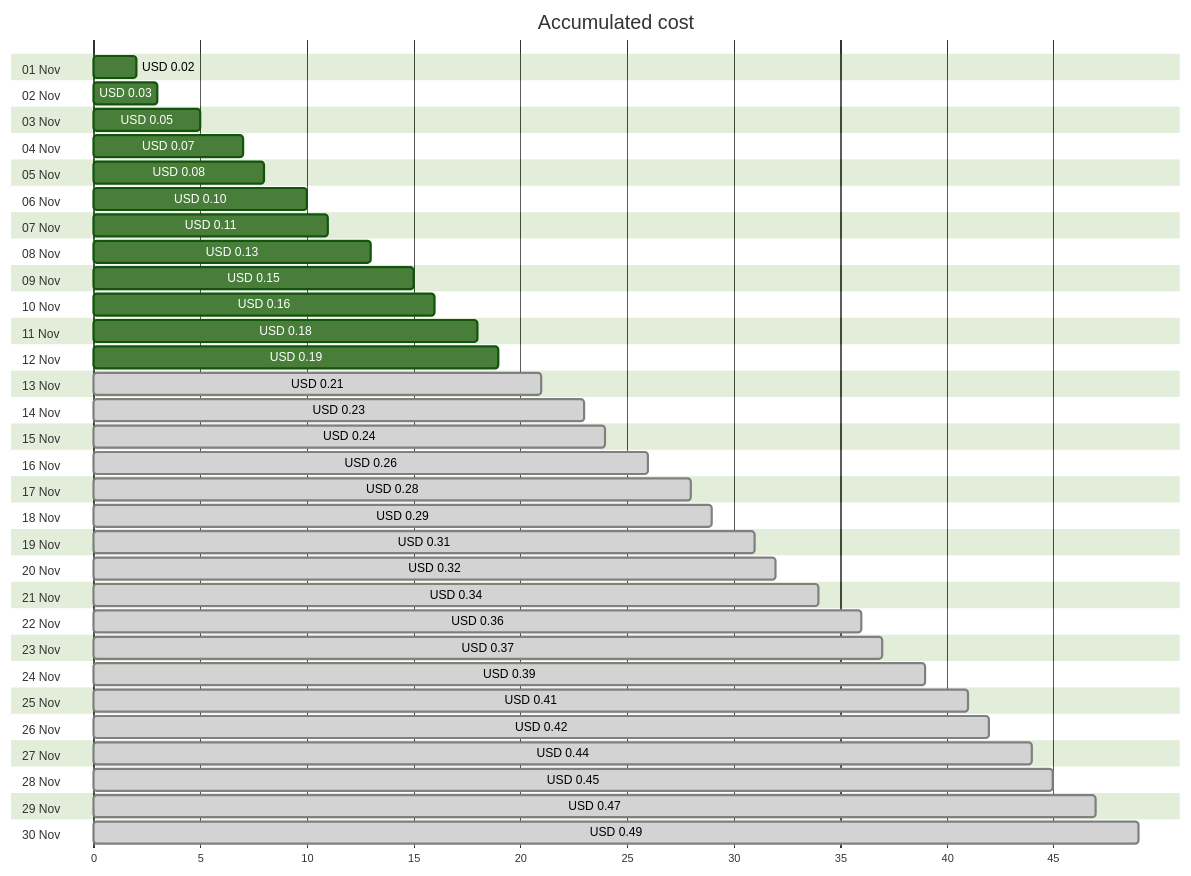
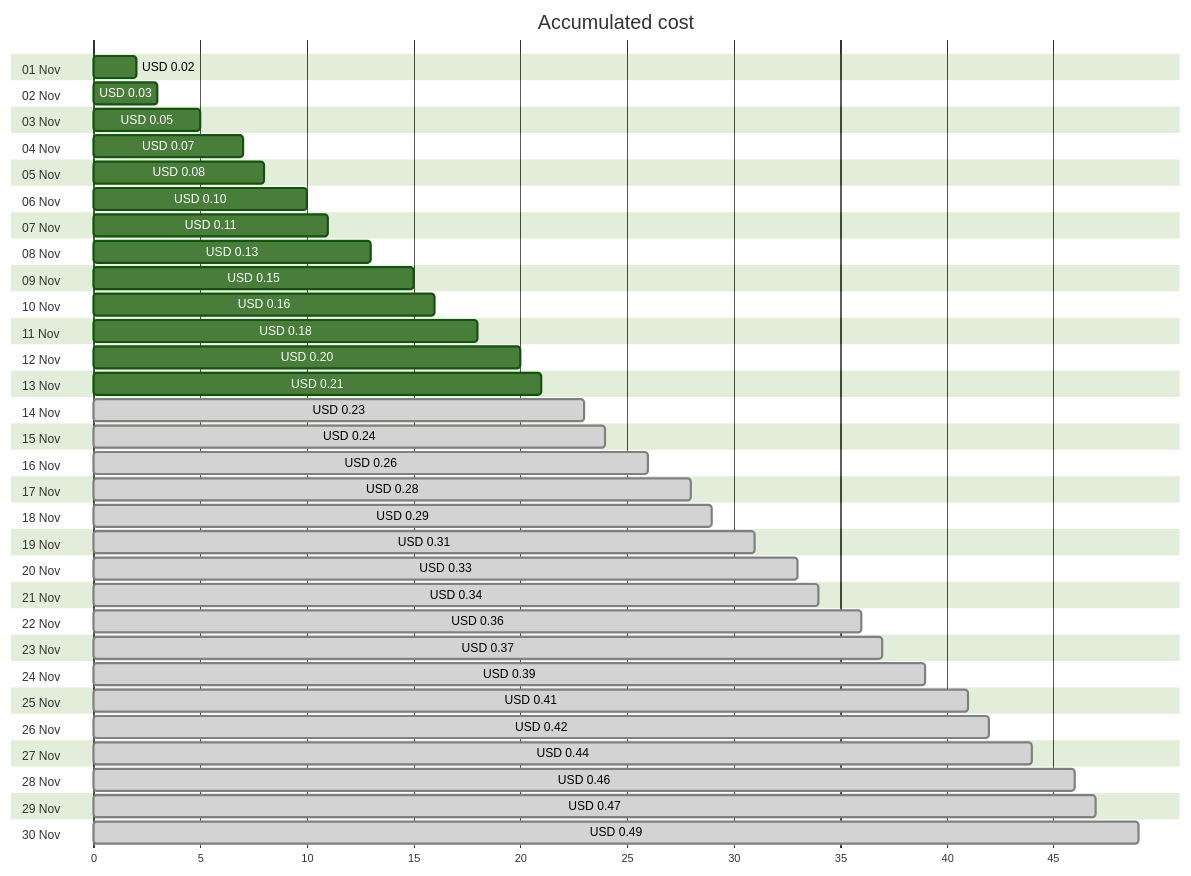
Before and after one commit to jpfulton/azure-personal-reports: the first of 4 diagrams in cost-reports/personal-dns/jpatrickfulton.com.md, drawn with Mermaid (forest theme). The commit also changed other lines of this file and 2 other files, not shown here.

````diff
--- a/cost-reports/personal-dns/jpatrickfulton.com.md
+++ b/cost-reports/personal-dns/jpatrickfulton.com.md
@@ -20,66 +20,66 @@
 ```mermaid
 gantt
    title Accumulated cost
    dateFormat  X
    axisFormat %s
    section 01 Nov
    USD 0.02 :0, 2
    section 02 Nov
    USD 0.03 :0, 3
    section 03 Nov
    USD 0.05 :0, 5
    section 04 Nov
    USD 0.07 :0, 7
    section 05 Nov
    USD 0.08 :0, 8
    section 06 Nov
    USD 0.10 :0, 10
    section 07 Nov
    USD 0.11 :0, 11
    section 08 Nov
    USD 0.13 :0, 13
    section 09 Nov
    USD 0.15 :0, 15
    section 10 Nov
    USD 0.16 :0, 16
    section 11 Nov
    USD 0.18 :0, 18
    section 12 Nov
-   USD 0.19 :0, 19
+   USD 0.20 :0, 20
    section 13 Nov
-   USD 0.21 : done, 0, 21
+   USD 0.21 :0, 21
    section 14 Nov
    USD 0.23 : done, 0, 23
    section 15 Nov
    USD 0.24 : done, 0, 24
    section 16 Nov
    USD 0.26 : done, 0, 26
    section 17 Nov
    USD 0.28 : done, 0, 28
    section 18 Nov
    USD 0.29 : done, 0, 29
    section 19 Nov
    USD 0.31 : done, 0, 31
    section 20 Nov
-   USD 0.32 : done, 0, 32
+   USD 0.33 : done, 0, 33
    section 21 Nov
    USD 0.34 : done, 0, 34
    section 22 Nov
    USD 0.36 : done, 0, 36
    section 23 Nov
    USD 0.37 : done, 0, 37
    section 24 Nov
    USD 0.39 : done, 0, 39
    section 25 Nov
    USD 0.41 : done, 0, 41
    section 26 Nov
    USD 0.42 : done, 0, 42
    section 27 Nov
    USD 0.44 : done, 0, 44
    section 28 Nov
-   USD 0.45 : done, 0, 45
+   USD 0.46 : done, 0, 46
    section 29 Nov
    USD 0.47 : done, 0, 47
    section 30 Nov
    USD 0.49 : done, 0, 49
 ```
````
